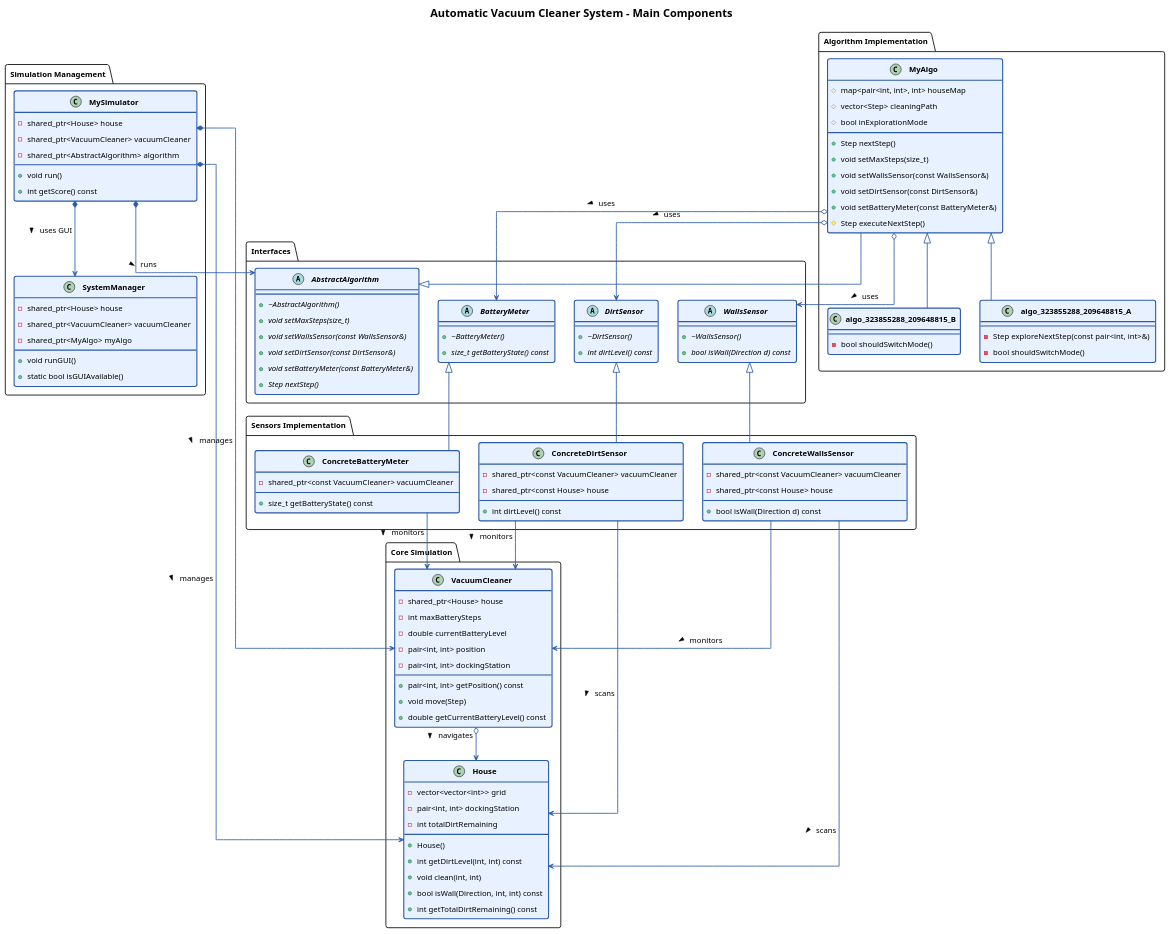
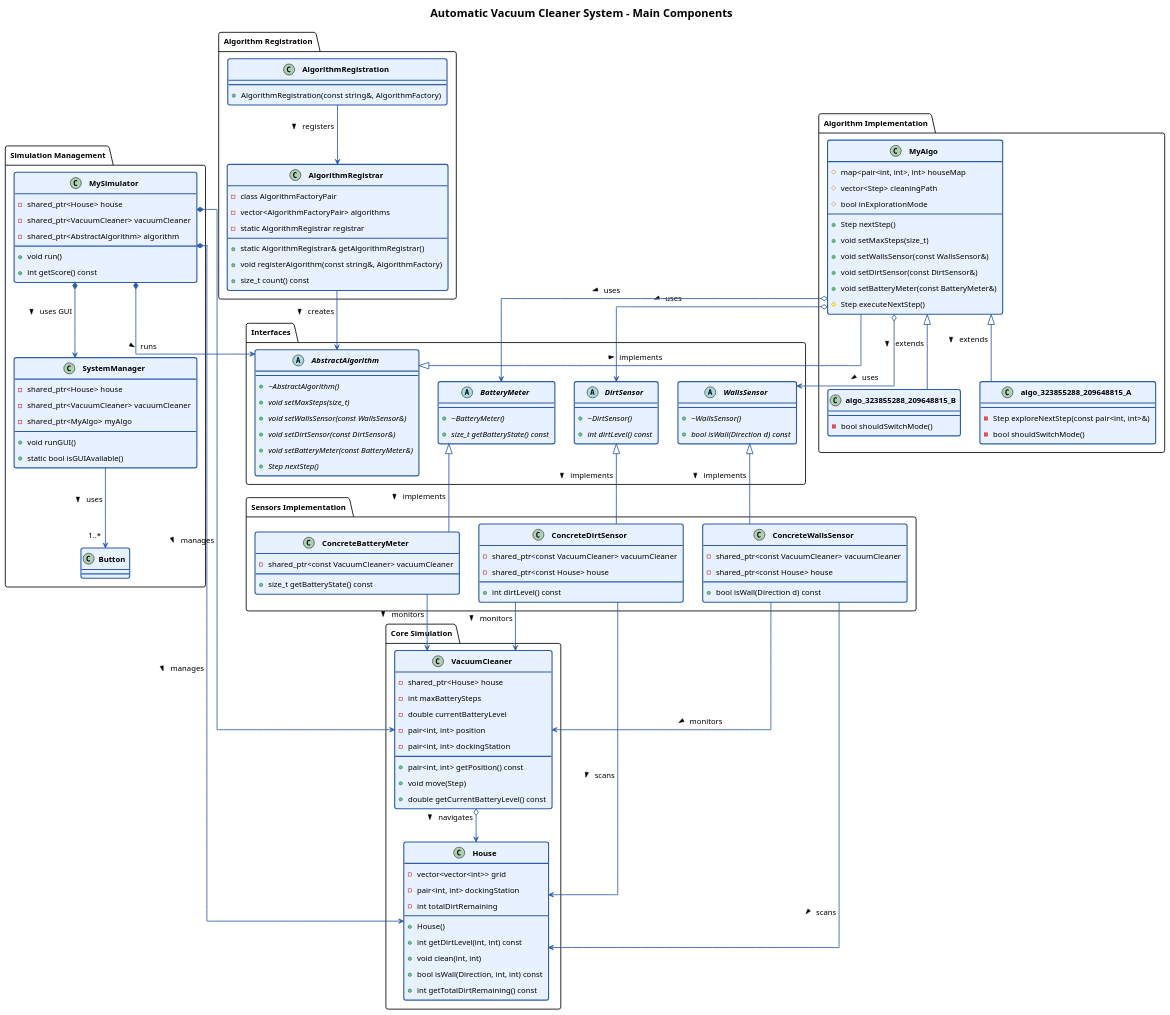
The diagram in diagrams/vacuum_cleaner_uml.puml (galavny13/Automatic_Vacuum_Cleaner), drawn with PlantUML before and after one commit. The commit also changed 1 other file, not shown here.

Commit message:
Updated UML class diagram

```diff
--- a/diagrams/vacuum_cleaner_uml.puml
+++ b/diagrams/vacuum_cleaner_uml.puml
@@ -1,170 +1,194 @@
 @startuml Automatic_Vacuum_Cleaner_Overview
 
 ' Global styling to improve readability
 skinparam {
   DefaultFontSize 14
   DefaultFontName Arial
   BackgroundColor white
   TitleFontSize 20
   ClassFontSize 16
   ClassAttributeFontSize 14
   ClassStereotypeFontSize 12
   padding 5
   roundCorner 8
   classFontStyle bold
   ClassBackgroundColor #E8F1FF
   ClassBorderColor #2C5BA9
   ClassBorderThickness 2
   ArrowColor #2C5BA9
   ArrowThickness 1.5
   shadowing false
   linetype ortho
 }
 
 title "Automatic Vacuum Cleaner System - Main Components"
 
 ' Use packages to organize components logically
 package "Interfaces" {
   abstract "AbstractAlgorithm" as AA {
     +{abstract} ~AbstractAlgorithm()
     +{abstract} void setMaxSteps(size_t)
     +{abstract} void setWallsSensor(const WallsSensor&)
     +{abstract} void setDirtSensor(const DirtSensor&)
     +{abstract} void setBatteryMeter(const BatteryMeter&)
     +{abstract} Step nextStep()
   }
   
   abstract "WallsSensor" as WS {
     +{abstract} ~WallsSensor()
     +{abstract} bool isWall(Direction d) const
   }
   
   abstract "DirtSensor" as DS {
     +{abstract} ~DirtSensor()
     +{abstract} int dirtLevel() const
   }
   
   abstract "BatteryMeter" as BM {
     +{abstract} ~BatteryMeter()
     +{abstract} size_t getBatteryState() const
   }
 }
 
 package "Core Simulation" {
   class "House" as H {
     -vector<vector<int>> grid
     -pair<int, int> dockingStation
     -int totalDirtRemaining
     +House()
     +int getDirtLevel(int, int) const
     +void clean(int, int)
     +bool isWall(Direction, int, int) const
     +int getTotalDirtRemaining() const
     '...additional methods
   }
   
   class "VacuumCleaner" as VC {
     -shared_ptr<House> house
     -int maxBatterySteps
     -double currentBatteryLevel
     -pair<int, int> position
     -pair<int, int> dockingStation
     +pair<int, int> getPosition() const
     +void move(Step)
     +double getCurrentBatteryLevel() const
     '...additional methods
   }
 }
 
 package "Algorithm Implementation" {
   class "MyAlgo" as MA {
     #map<pair<int, int>, int> houseMap
     #vector<Step> cleaningPath
     #bool inExplorationMode
     '...additional attributes
     +Step nextStep()
     +void setMaxSteps(size_t)
     +void setWallsSensor(const WallsSensor&)
     +void setDirtSensor(const DirtSensor&)
     +void setBatteryMeter(const BatteryMeter&)
     #Step executeNextStep()
   }
   
   class "algo_323855288_209648815_A" as A1 {
     -Step exploreNextStep(const pair<int, int>&)
     -bool shouldSwitchMode()
     '...implementation details
   }
   
   class "algo_323855288_209648815_B" as A2 {
     -bool shouldSwitchMode()
     '...implementation details
   }
 }
 
 package "Sensors Implementation" {
   class "ConcreteWallsSensor" as CWS {
     -shared_ptr<const VacuumCleaner> vacuumCleaner
     -shared_ptr<const House> house
     +bool isWall(Direction d) const
   }
   
   class "ConcreteDirtSensor" as CDS {
     -shared_ptr<const VacuumCleaner> vacuumCleaner
     -shared_ptr<const House> house
     +int dirtLevel() const
   }
   
   class "ConcreteBatteryMeter" as CBM {
     -shared_ptr<const VacuumCleaner> vacuumCleaner
     +size_t getBatteryState() const
   }
 }
 
 package "Simulation Management" {
   class "MySimulator" as MS {
     -shared_ptr<House> house
     -shared_ptr<VacuumCleaner> vacuumCleaner
     -shared_ptr<AbstractAlgorithm> algorithm
     '...additional attributes
     +void run()
     +int getScore() const
   }
   
   class "SystemManager" as SM {
     -shared_ptr<House> house
     -shared_ptr<VacuumCleaner> vacuumCleaner
     -shared_ptr<MyAlgo> myAlgo
     '...additional attributes
     +void runGUI()
     +static bool isGUIAvailable()
   }
+  
+  class "Button" as BTN {
+    '...UI component
+  }
+}
+
+package "Algorithm Registration" {
+  class "AlgorithmRegistrar" as AR {
+    -class AlgorithmFactoryPair
+    -vector<AlgorithmFactoryPair> algorithms
+    -static AlgorithmRegistrar registrar
+    +static AlgorithmRegistrar& getAlgorithmRegistrar()
+    +void registerAlgorithm(const string&, AlgorithmFactory)
+    +size_t count() const
+  }
+  
+  class "AlgorithmRegistration" as AREG {
+    +AlgorithmRegistration(const string&, AlgorithmFactory)
+  }
 }
 
 ' Key relationships between components
-AA <|-- MA
-MA <|-- A1
-MA <|-- A2
+AA <|-- MA : implements >
+MA <|-- A1 : extends >
+MA <|-- A2 : extends >
 
-WS <|-- CWS
-DS <|-- CDS
-BM <|-- CBM
+WS <|-- CWS : implements >
+DS <|-- CDS : implements >
+BM <|-- CBM : implements >
 
 MS *--> H : manages >
 MS *--> VC : manages >
 MS *--> AA : runs >
 MS *--> SM : uses GUI >
 
 CWS --> VC : monitors >
 CWS --> H : scans >
 CDS --> VC : monitors >
 CDS --> H : scans >
 CBM --> VC : monitors >
 
 MA o--> WS : uses >
 MA o--> DS : uses >
 MA o--> BM : uses >
 
 VC o--> H : navigates >
 
+SM --> "1..*" BTN : uses >
+
+AREG --> AR : registers >
+AR --> AA : creates >
+
 @enduml
```
